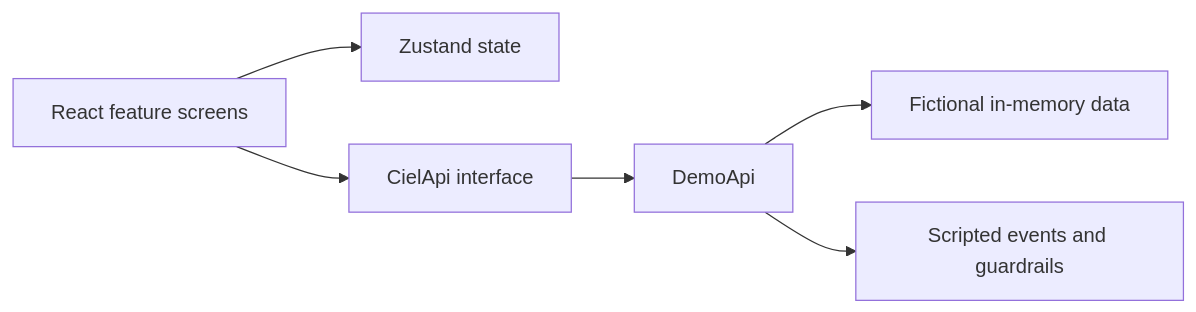
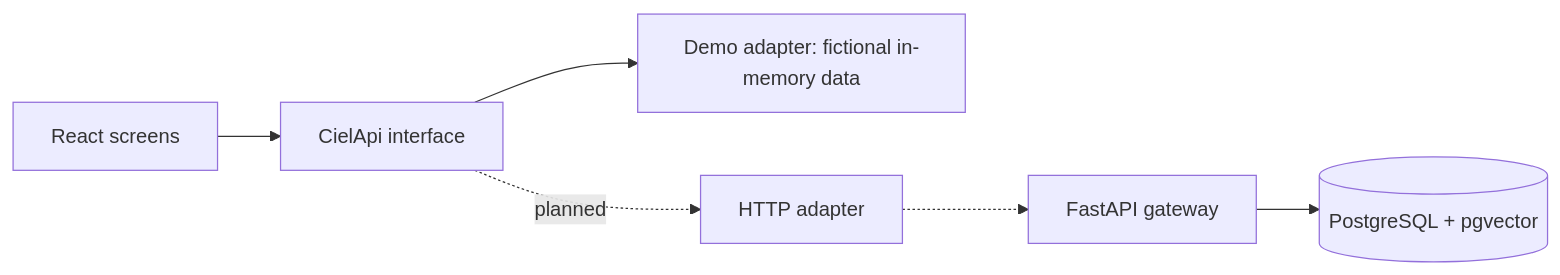
One commit to jeeyan28/ciel-ai-assistant changed the diagram in README.md. Above: the diagram before and after it, drawn with Mermaid. The commit also changed other lines of this file and 5 other files, not shown here.

````diff
--- a/README.md
+++ b/README.md
@@ -50,8 +67,8 @@
 ```mermaid
 flowchart LR
-    UI[React feature screens] --> Stores[Zustand state]
-    UI --> Contract[CielApi interface]
-    Contract --> Demo[DemoApi]
-    Demo --> Memory[Fictional in-memory data]
-    Demo --> Streams[Scripted events and guardrails]
+    UI[React screens] --> Contract[CielApi interface]
+    Contract --> Demo[Demo adapter: fictional in-memory data]
+    Contract -.->|planned| HTTP[HTTP adapter]
+    HTTP -.-> API[FastAPI gateway]
+    API --> DB[(PostgreSQL + pgvector)]
 ```
````
